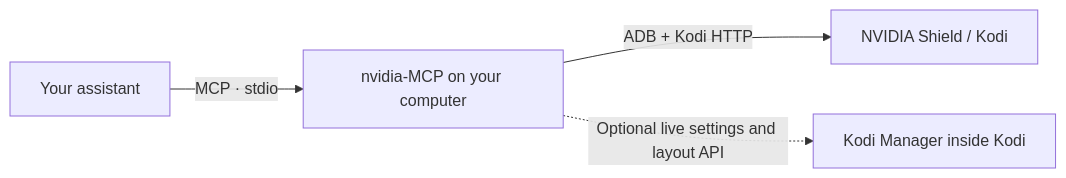
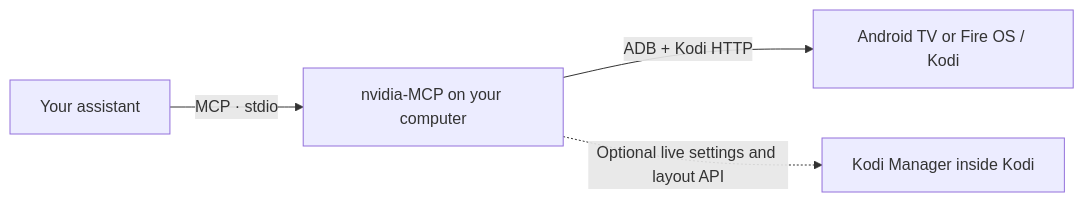
Before and after one commit to glasgowm148/nvidia-MCP: the diagram in README.md, drawn with Mermaid. The commit also changed other lines of this file and 30 other files, not shown here.

Commit message:
feat: support Android TV and Fire OS

````diff
--- a/README.md
+++ b/README.md
@@ -85,6 +91,6 @@
 ```mermaid
 flowchart LR
     A[Your assistant] -->|MCP · stdio| B[nvidia-MCP on your computer]
-    B -->|ADB + Kodi HTTP| C[NVIDIA Shield / Kodi]
+    B -->|ADB + Kodi HTTP| C[Android TV or Fire OS / Kodi]
     B -.->|Optional live settings and layout API| D[Kodi Manager inside Kodi]
 ```
````
